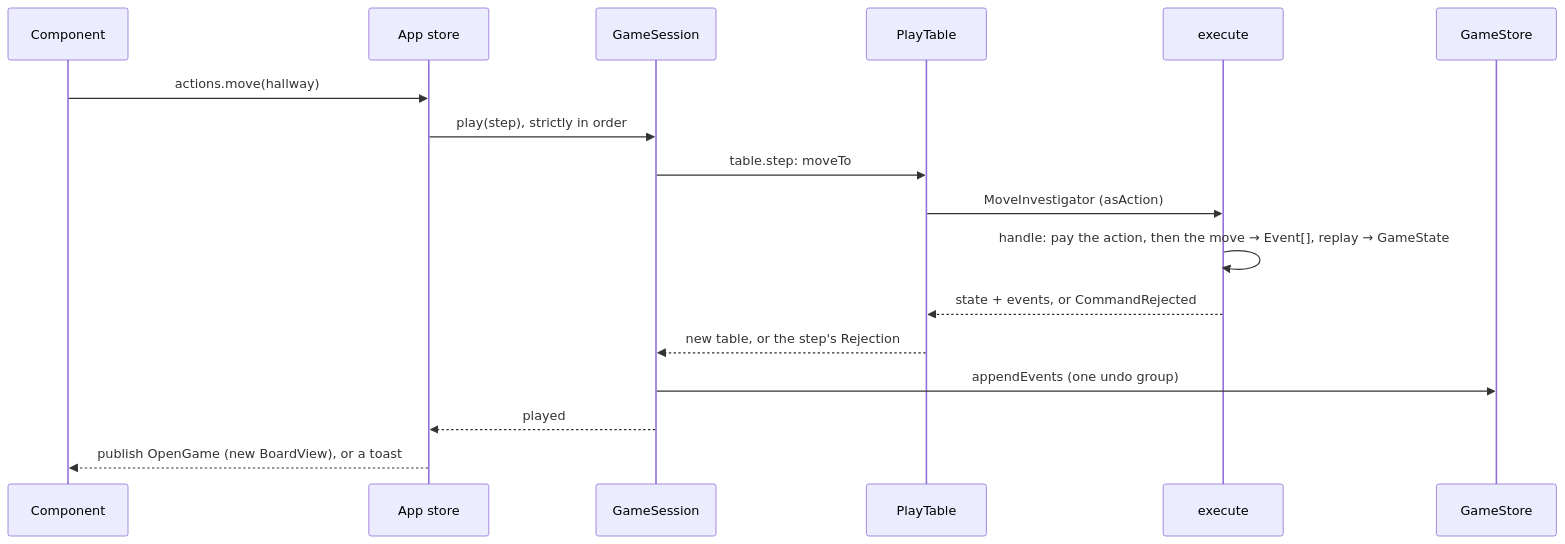
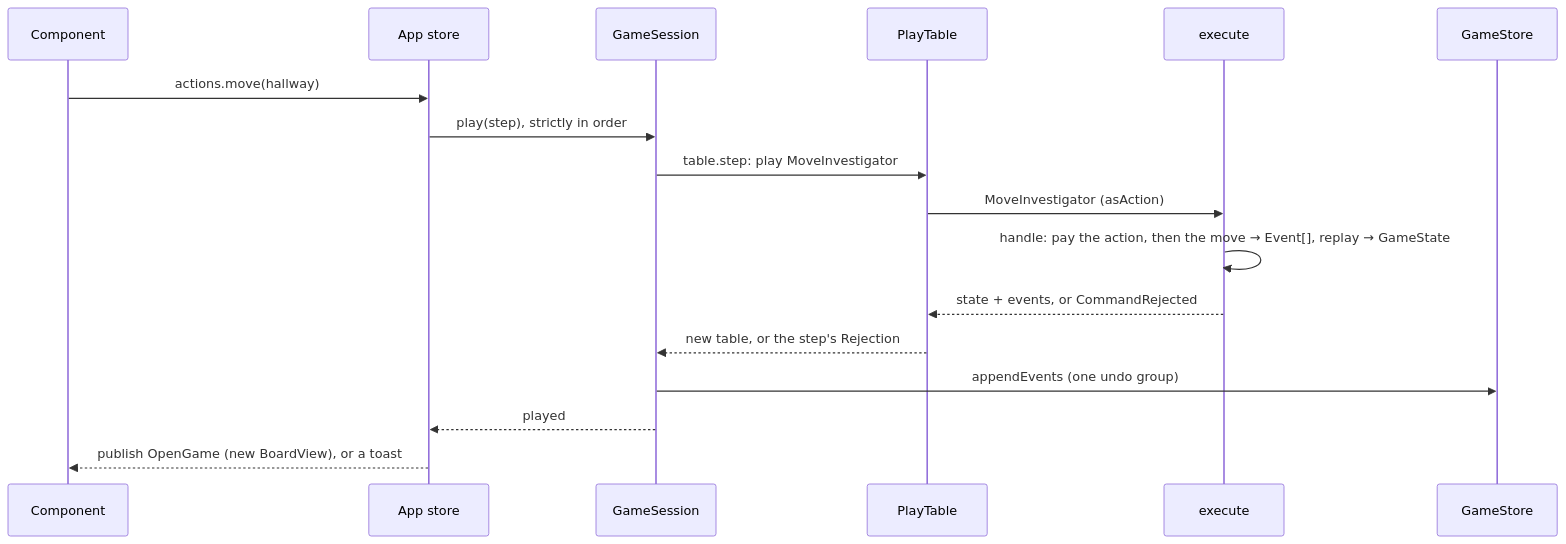
One commit to macandy13/arkham-companion changed the second of 6 diagrams in docs/architecture.md. Above: the diagram before and after it, drawn with Mermaid. The commit also changed 4 other files, not shown here.

````diff
--- a/docs/architecture.md
+++ b/docs/architecture.md
@@ -56,19 +56,19 @@
 ```mermaid
 sequenceDiagram
   participant UI as Component
   participant AS as App store
   participant GS as GameSession
   participant PT as PlayTable
   participant E as execute
   participant DB as GameStore
   UI->>AS: actions.move(hallway)
   AS->>GS: play(step), strictly in order
-  GS->>PT: table.step: moveTo
+  GS->>PT: table.step: play MoveInvestigator
   PT->>E: MoveInvestigator (asAction)
   E->>E: handle: pay the action, then the move → Event[], replay → GameState
   E-->>PT: state + events, or CommandRejected
   PT-->>GS: new table, or the step's Rejection
   GS->>DB: appendEvents (one undo group)
   GS-->>AS: played
   AS-->>UI: publish OpenGame (new BoardView), or a toast
 ```
````
